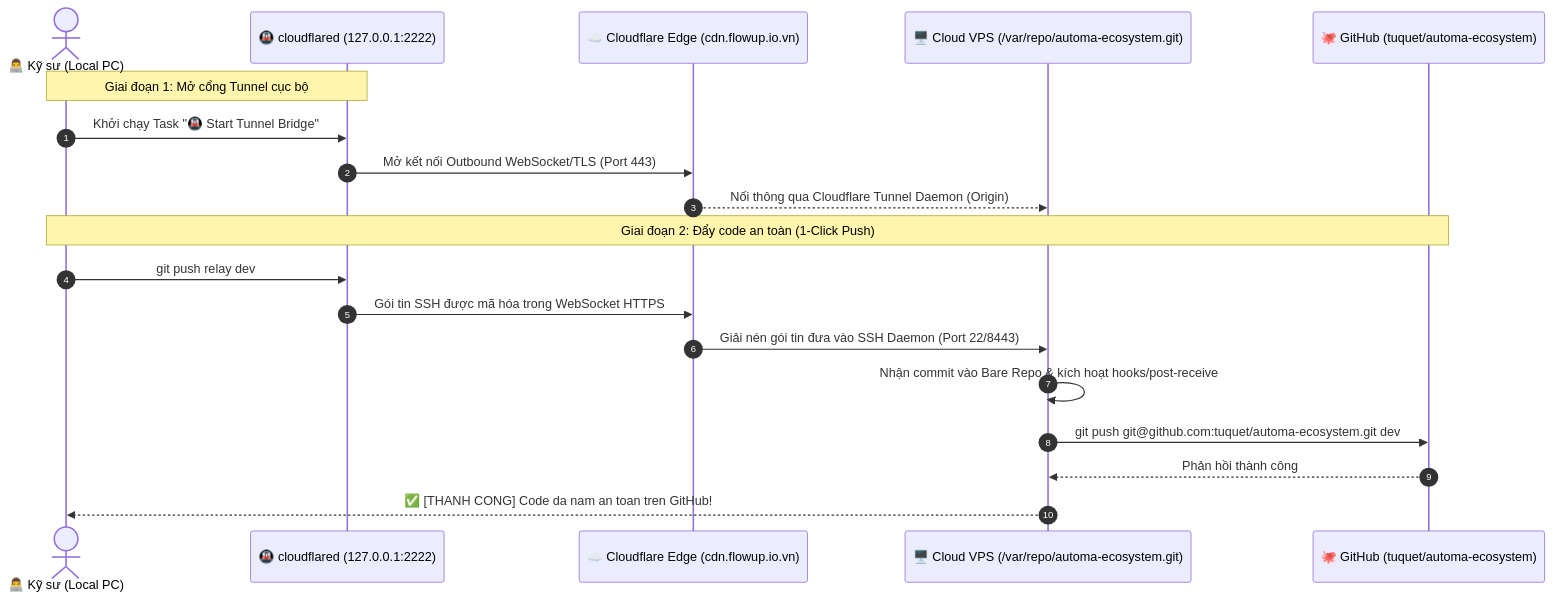
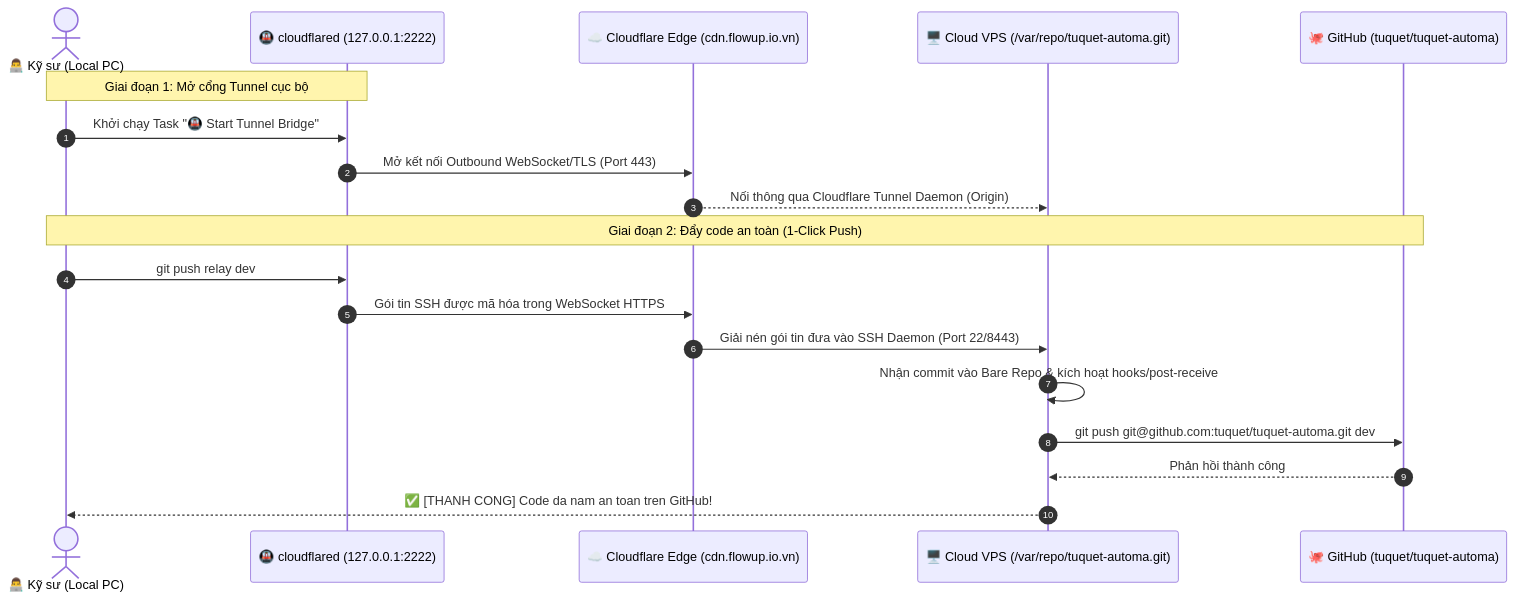
One commit to tuquet/automa changed the diagram in docs/CLOUDFLARE_TUNNEL_GIT_RELAY.md. Above: the diagram before and after it, drawn with Mermaid. The commit also changed other lines of this file and 151 other files, not shown here.

Commit message:
refactor(automa-ui): replace duplicated Shadcn primitives with @tuquet/vue-ui and @tuquet/vue-table

````diff
--- a/docs/CLOUDFLARE_TUNNEL_GIT_RELAY.md
+++ b/docs/CLOUDFLARE_TUNNEL_GIT_RELAY.md
@@ -21,23 +21,23 @@
 ```mermaid
 sequenceDiagram
     autonumber
     actor Dev as 👨‍💻 Kỹ sư (Local PC)
     participant CF_Local as 🚇 cloudflared (127.0.0.1:2222)
     participant CF_Edge as ☁️ Cloudflare Edge (cdn.flowup.io.vn)
-    participant VPS as 🖥️ Cloud VPS (/var/repo/automa-ecosystem.git)
-    participant GitHub as 🐙 GitHub (tuquet/automa-ecosystem)
+    participant VPS as 🖥️ Cloud VPS (/var/repo/tuquet-automa.git)
+    participant GitHub as 🐙 GitHub (tuquet/tuquet-automa)
 
     Note over Dev,CF_Local: Giai đoạn 1: Mở cổng Tunnel cục bộ
     Dev->>CF_Local: Khởi chạy Task "🚇 Start Tunnel Bridge"
     CF_Local->>CF_Edge: Mở kết nối Outbound WebSocket/TLS (Port 443)
     CF_Edge-->>VPS: Nối thông qua Cloudflare Tunnel Daemon (Origin)
 
     Note over Dev,GitHub: Giai đoạn 2: Đẩy code an toàn (1-Click Push)
     Dev->>CF_Local: git push relay dev
     CF_Local->>CF_Edge: Gói tin SSH được mã hóa trong WebSocket HTTPS
     CF_Edge->>VPS: Giải nén gói tin đưa vào SSH Daemon (Port 22/8443)
     VPS->>VPS: Nhận commit vào Bare Repo & kích hoạt hooks/post-receive
-    VPS->>GitHub: git push git@github.com:tuquet/automa-ecosystem.git dev
+    VPS->>GitHub: git push git@github.com:tuquet/tuquet-automa.git dev
     GitHub-->>VPS: Phản hồi thành công
     VPS-->>Dev: ✅ [THANH CONG] Code da nam an toan tren GitHub!
 ```
````
